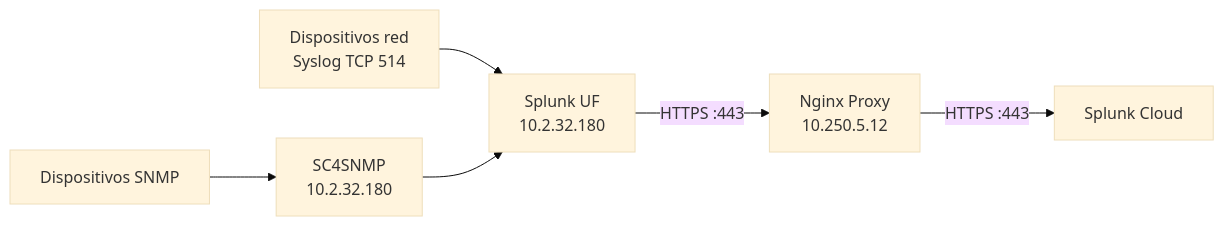
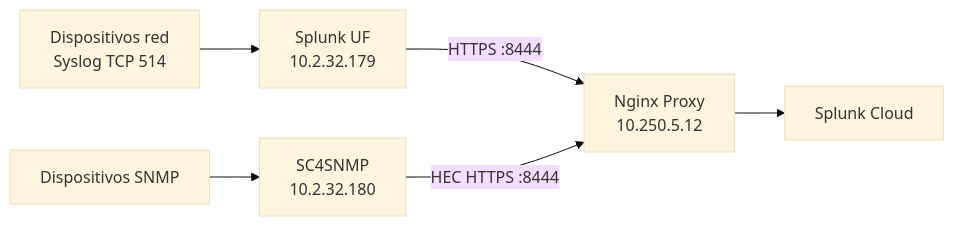
One commit to ulix1808/ICASA_Observability changed the fourth of 4 diagrams in docs/00-arquitectura/arquitectura-general.md. Above: the diagram before and after it, drawn with Mermaid (base theme). The commit also changed other lines of this file and 10 other files, not shown here.

````diff
--- a/docs/00-arquitectura/arquitectura-general.md
+++ b/docs/00-arquitectura/arquitectura-general.md
@@ -99,8 +102,8 @@
 ```mermaid
 flowchart LR
-    DEV["Dispositivos red<br/>Syslog TCP 514"] --> UF["Splunk UF<br/>10.2.32.180"]
+    DEV["Dispositivos red<br/>Syslog TCP 514"] --> UF["Splunk UF<br/>10.2.32.179"]
     SNMP["Dispositivos SNMP"] --> SC4["SC4SNMP<br/>10.2.32.180"]
-    SC4 --> UF
-    UF -->|"HTTPS :443"| PROXY["Nginx Proxy<br/>10.250.5.12"]
-    PROXY -->|"HTTPS :443"| SC["Splunk Cloud"]
+    UF -->|"HTTPS :8444"| PROXY["Nginx Proxy<br/>10.250.5.12"]
+    SC4 -->|"HEC HTTPS :8444"| PROXY
+    PROXY --> SC["Splunk Cloud"]
 ```
````
